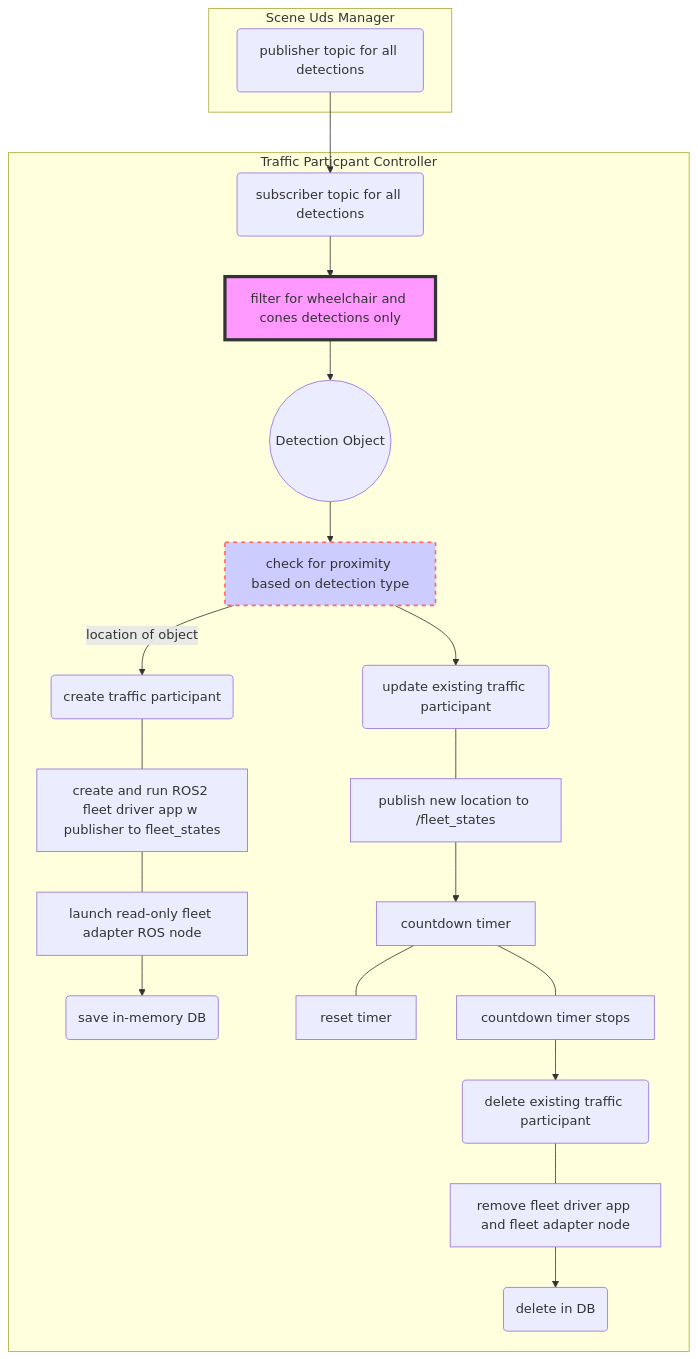
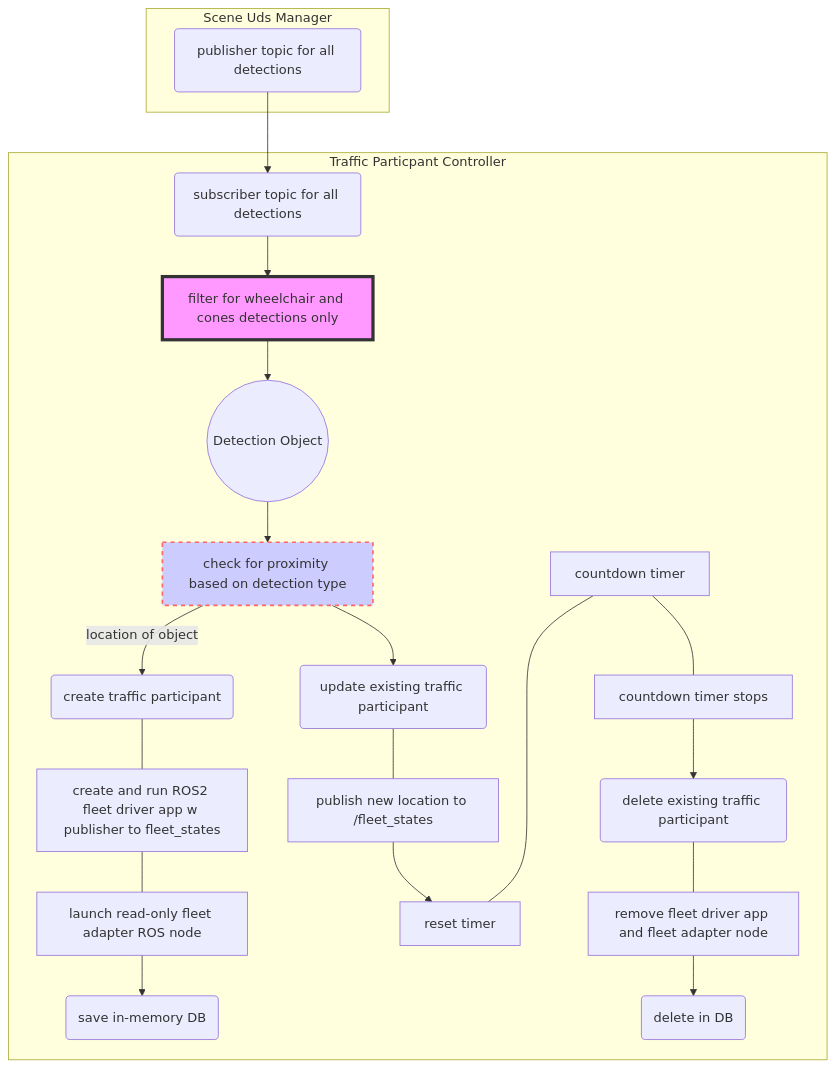
The diagram in README.md (mxgrey/su_traffic_participant), drawn with Mermaid before and after one commit.

````diff
--- a/README.md
+++ b/README.md
@@ -5,24 +5,24 @@
 ```mermaid
 graph TB
 
   Publisher --> Subscriber
   subgraph "Scene Uds Manager"
   Publisher(publisher topic for all detections)
   end
 
   subgraph "Traffic Particpant Controller"
   Subscriber(subscriber topic for all detections)
   Subscriber --> FindClass[filter for wheelchair and cones detections only] --> Detection((Detection Object))
   Detection --> Proximity[check for proximity based on detection type]
   style FindClass fill:#f9f,stroke:#333,stroke-width:4px
   style Proximity fill:#ccf,stroke:#f66,stroke-width:2px,stroke-dasharray: 5, 5
   Proximity -- location of object --> Create(create traffic participant)
   Create --- C1[create and run ROS2 fleet driver app w publisher to fleet_states] --- C2[launch read-only fleet adapter ROS node] --> Save(save in-memory DB)
   Proximity --> Update(update existing traffic participant) 
-  Update --- U1[publish new location to /fleet_states] --> CountdownTimer
+  Update --- U1[publish new location to /fleet_states] --> TimerReset
   CountdownTimer[countdown timer] --- TimerReset[reset timer]
   CountdownTimer --- TimerStop[countdown timer stops] --> Delete(delete existing traffic participant)
   Delete --- D1[remove fleet driver app and fleet adapter node] --> DB(delete in DB)
 
 end
 ```
````
